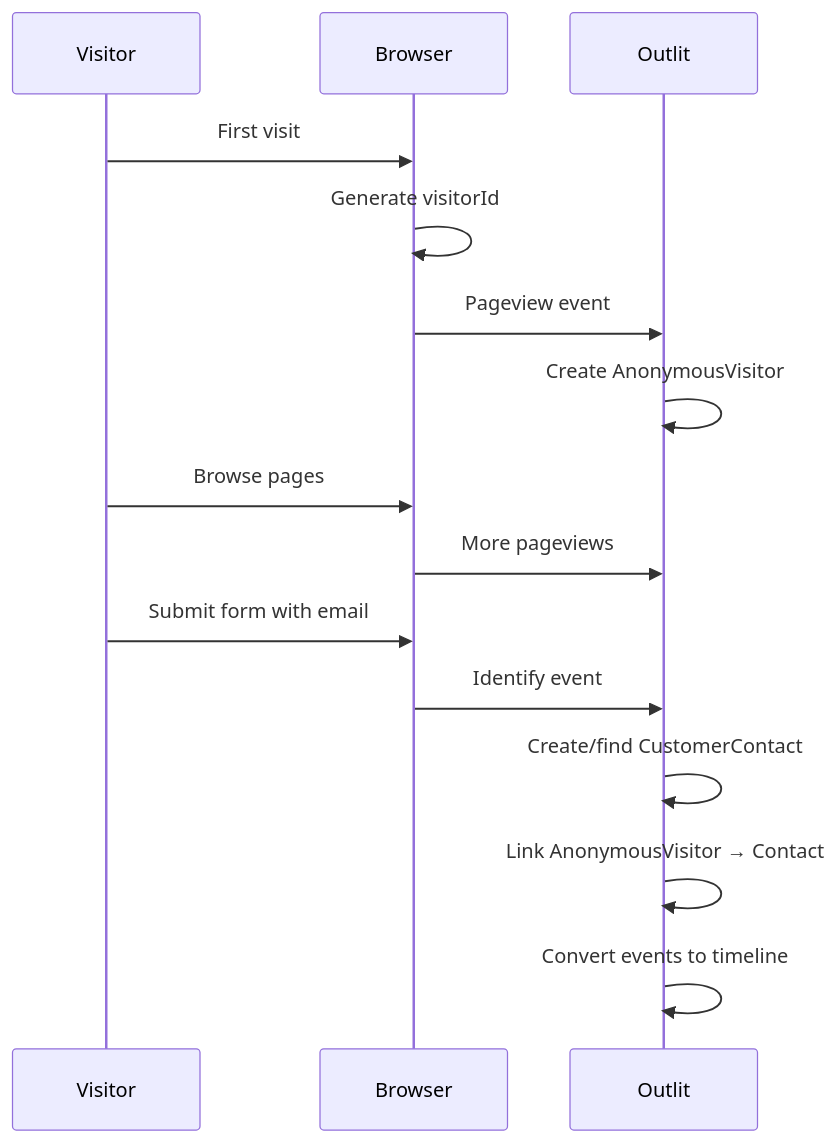
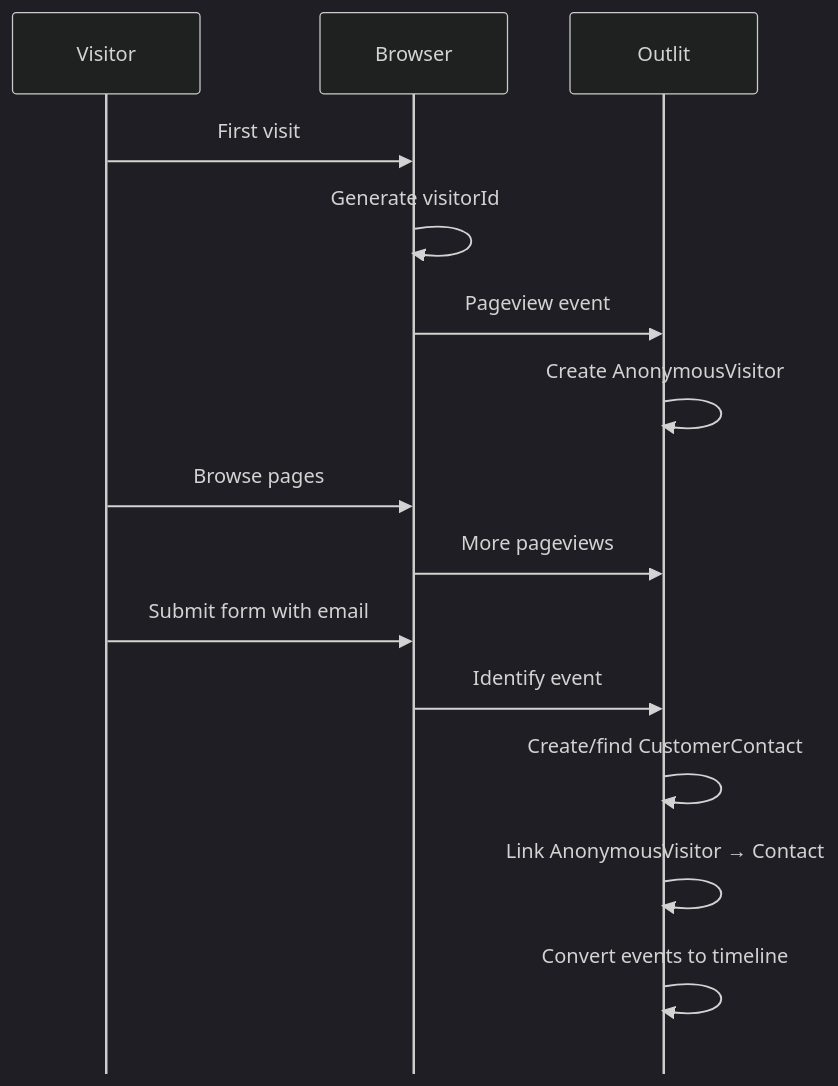
The diagram in tracking/identity/anonymous-visitors.mdx (OutlitAI/docs), drawn with Mermaid before and after one commit. The commit also changed other lines of this file and 4 other files, not shown here.

First line of the commit message:
docs: improve mermaid diagram styling and readability

````diff
--- a/tracking/identity/anonymous-visitors.mdx
+++ b/tracking/identity/anonymous-visitors.mdx
@@ -20,20 +19,21 @@
 ```mermaid
+%%{init: {'theme': 'dark', 'sequence': {'mirrorActors': false, 'messageMargin': 40}}}%%
 sequenceDiagram
     participant V as Visitor
     participant B as Browser
     participant O as Outlit
 
     V->>B: First visit
     B->>B: Generate visitorId
     B->>O: Pageview event
     O->>O: Create AnonymousVisitor
 
     V->>B: Browse pages
     B->>O: More pageviews
 
     V->>B: Submit form with email
     B->>O: Identify event
     O->>O: Create/find CustomerContact
     O->>O: Link AnonymousVisitor → Contact
     O->>O: Convert events to timeline
 ```
````
